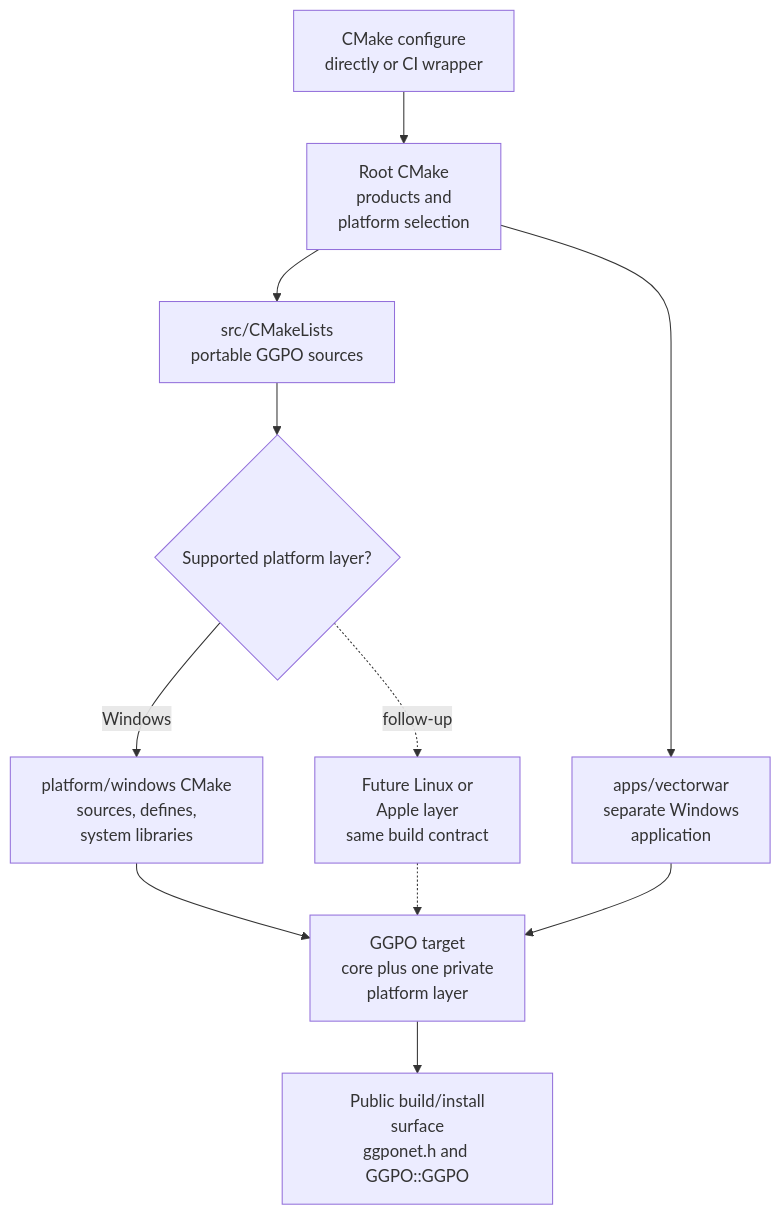
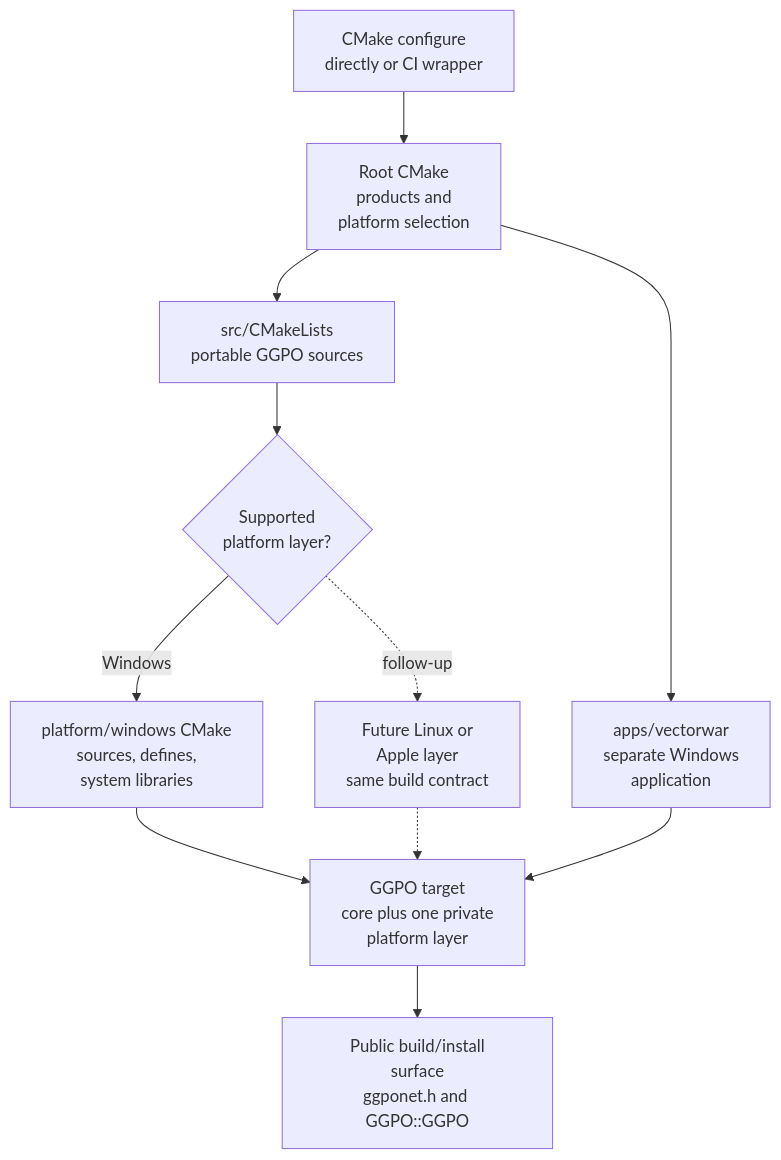
The fourth of 5 diagrams in doc/planning/2026-11-06-platform_agnostic_core/TECH_PLAN.md (irregularthanis/ggpo-next), drawn with Mermaid before and after one commit. The commit also changed other lines of this file and 6 other files, not shown here.

Commit message:
docs: wrap long Mermaid labels

````diff
--- a/doc/planning/2026-11-06-platform_agnostic_core/TECH_PLAN.md
+++ b/doc/planning/2026-11-06-platform_agnostic_core/TECH_PLAN.md
@@ -338,18 +338,18 @@
 ```mermaid
 flowchart TD
     Entry["CMake configure<br/>directly or CI wrapper"]
     Root["Root CMake<br/>products and<br/>platform selection"]
     Core["src/CMakeLists<br/>portable GGPO sources"]
-    Select{"Supported platform layer?"}
+    Select{"Supported<br/>platform layer?"}
     Win["platform/windows CMake<br/>sources, defines,<br/>system libraries"]
     Future["Future Linux or<br/>Apple layer<br/>same build contract"]
     Target["GGPO target<br/>core plus one private<br/>platform layer"]
     Public["Public build/install<br/>surface<br/>ggponet.h and GGPO::GGPO"]
     Sample["apps/vectorwar<br/>separate Windows<br/>application"]
 
     Entry --> Root --> Core --> Select
     Select -->|"Windows"| Win --> Target --> Public
     Select -.->|"follow-up"| Future -.-> Target
     Root --> Sample
     Sample --> Target
 ```
````
